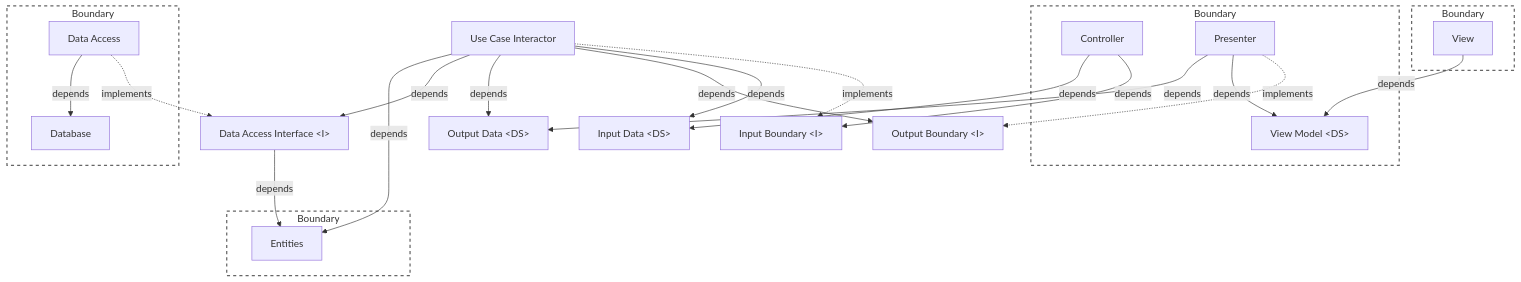
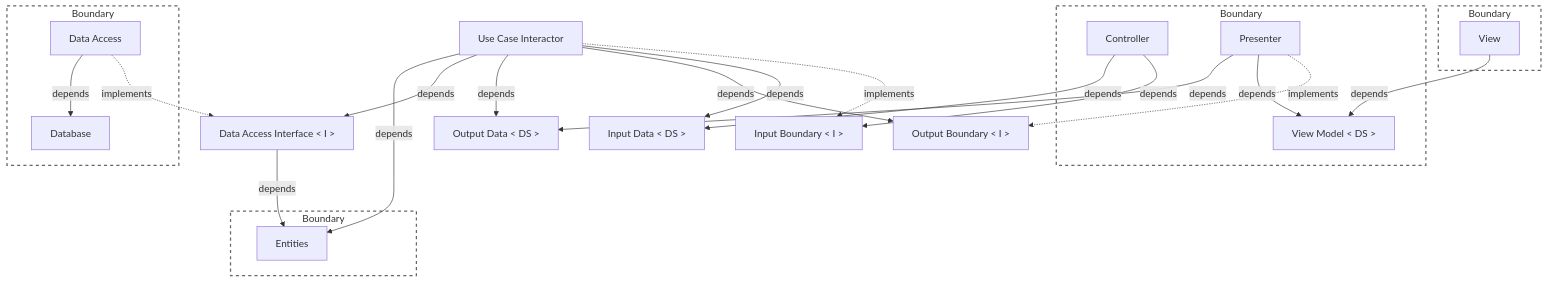
One commit to clean-reactive/documentation changed the ninth of 16 diagrams in docs/architecture.md. Above: the diagram before and after it, drawn with Mermaid. The commit also changed other lines of this file, not shown here.

Commit message:
Docs: fix < > in mermaid

````diff
--- a/docs/architecture.md
+++ b/docs/architecture.md
@@ -619,58 +619,58 @@
 ```mermaid
 graph TD
 
 subgraph B1["Boundary"]
   C["Controller"]
   P["Presenter"]
-  VM["View Model &lt;DS&gt;"]
+  VM["View Model < DS >"]
 end
 
-ID["Input Data &lt;DS&gt;"]
-IB["Input Boundary &lt;I&gt;"]
+ID["Input Data < DS >"]
+IB["Input Boundary < I >"]
 
-OD["Output Data &lt;DS&gt;"]
-OB["Output Boundary &lt;I&gt;"]
+OD["Output Data < DS >"]
+OB["Output Boundary < I >"]
 
 subgraph B2["Boundary"]
   V["View"]
 end
 
 UC["Use Case Interactor"]
 
-DAI["Data Access Interface &lt;I&gt;"]
+DAI["Data Access Interface < I >"]
 
 subgraph B3["Boundary"]
   DA["Data Access"]
   DB["Database"]
 end
 
 subgraph B4["Boundary"]
   E["Entities"]
 end
 
 %% implementation relations
 P -. implements .-> OB
 UC -. implements .-> IB
 DA -. implements .-> DAI
 
 %% dependency relations
 C -- depends --> IB
 C -- depends --> ID
 
 P -- depends --> VM
 P -- depends --> OD
 
 V -- depends --> VM
 
 UC -- depends --> ID
 UC -- depends --> OB
 UC -- depends --> OD
 UC -- depends --> DAI
 UC -- depends --> E
 
 DAI -- depends --> E
 DA -- depends --> DB
 
 classDef boundary fill:none,stroke:#666,stroke-width:2px,stroke-dasharray: 5 5;
 class B1,B2,B3,B4 boundary;
 ```
````
